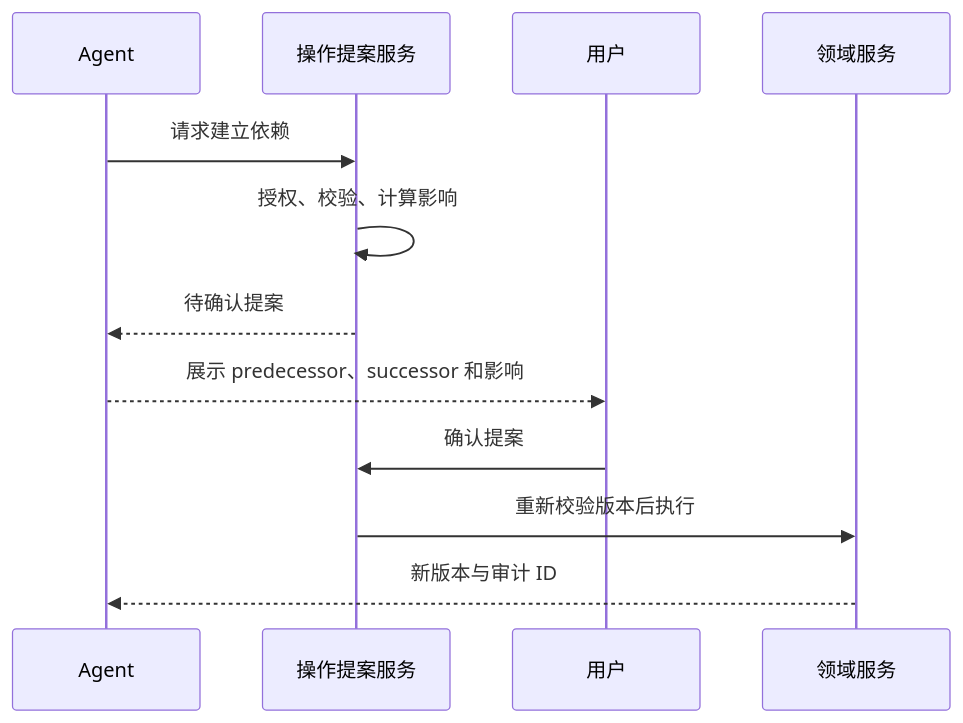
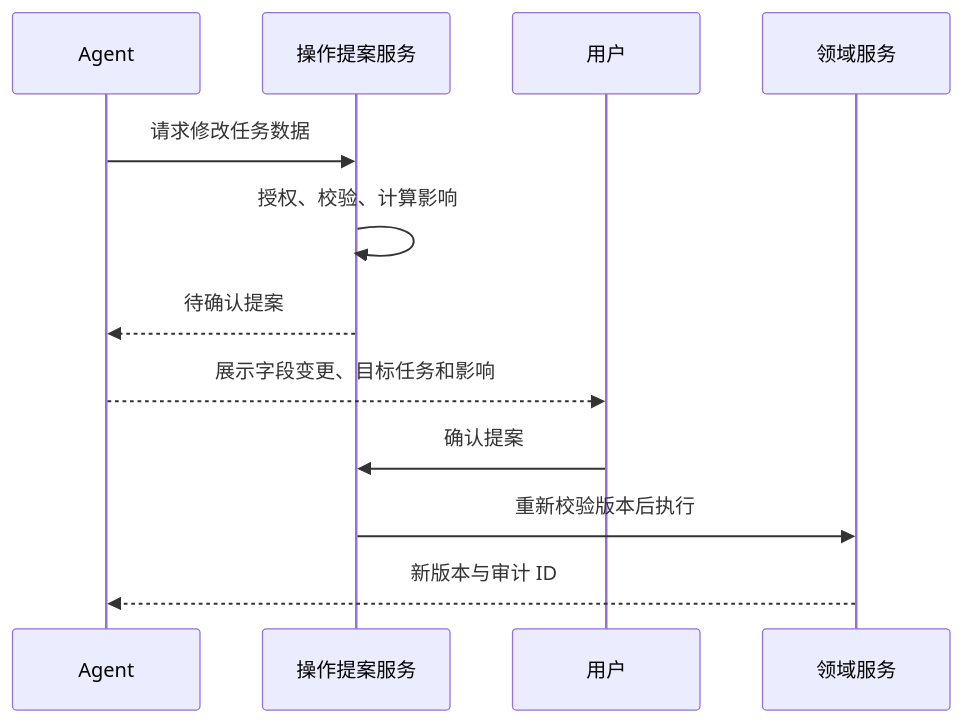
One commit to V-sion-V/NGAPD changed the fourth of 4 diagrams in docs/04-system-architecture.md. Above: the diagram before and after it, drawn with Mermaid. The commit also changed other lines of this file and 9 other files, not shown here.

````diff
--- a/docs/04-system-architecture.md
+++ b/docs/04-system-architecture.md
@@ -243,15 +256,15 @@
 ```mermaid
 sequenceDiagram
     participant A as Agent
     participant O as 操作提案服务
     participant U as 用户
     participant D as 领域服务
 
-    A->>O: 请求建立依赖
+    A->>O: 请求修改任务数据
     O->>O: 授权、校验、计算影响
     O-->>A: 待确认提案
-    A-->>U: 展示 predecessor、successor 和影响
+    A-->>U: 展示字段变更、目标任务和影响
     U->>O: 确认提案
     O->>D: 重新校验版本后执行
     D-->>A: 新版本与审计 ID
 ```
````
